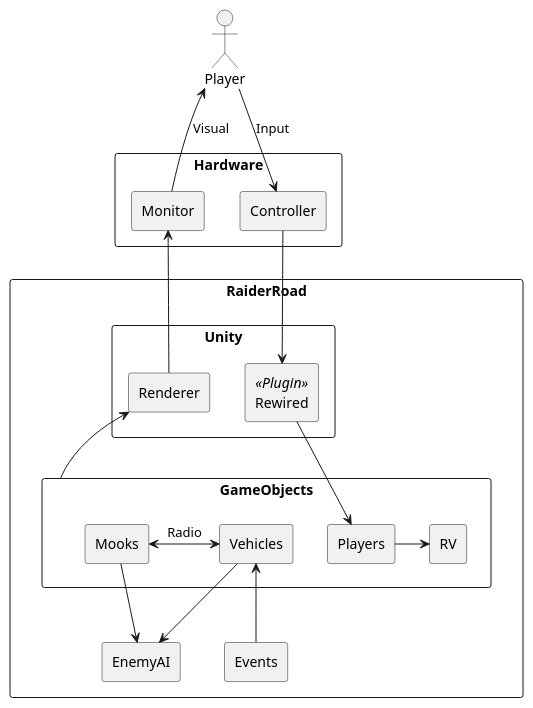
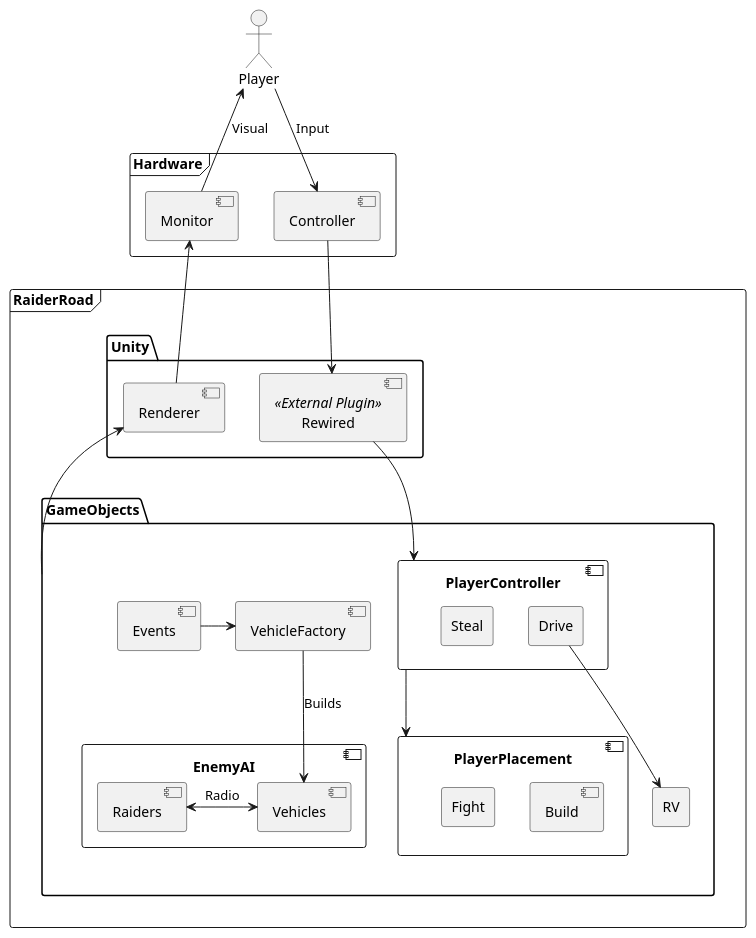
Before and after one commit to OutOfHandInteractive/RaiderRoad: the diagram in RaiderRoad/Assets/Scripts/docs/Architecture.puml, drawn with PlantUML. The commit also changed 6 other files, not shown here.

```diff
--- a/RaiderRoad/Assets/Scripts/docs/Architecture.puml
+++ b/RaiderRoad/Assets/Scripts/docs/Architecture.puml
@@ -1,40 +1,53 @@
 @startuml
 '' Architecture
+skinparam backgroundColor transparent
+skinparam monochrome true
+skinparam shadowing false
 
 actor Player
 
-rectangle Hardware {
-	rectangle Controller
-	rectangle Monitor
+frame Hardware {
+	component Controller
+	component Monitor
 }
 
-rectangle RaiderRoad {
-	rectangle Unity {
-		rectangle Renderer
-		rectangle Rewired <<Plugin>>
+frame RaiderRoad {
+	package Unity {
+		component Renderer
+		component Rewired <<External Plugin>>
 	}
-	rectangle Events
-	rectangle GameObjects {
-		rectangle Players
+	package GameObjects {
+		component Events
+		component VehicleFactory
+		component PlayerController{
+			rectangle Drive
+			rectangle Steal
+		}
+		component PlayerPlacement{
+			component Build
+			rectangle Fight
+		}
 		rectangle RV
-		rectangle Mooks
-		rectangle Vehicles
+		component EnemyAI{
+			component Raiders
+			component Vehicles
+		}
 	}
-	rectangle EnemyAI
 }
 
 Player --> Controller : Input
 Player <-- Monitor : Visual
 
 Controller --> Rewired
 Monitor <-- Renderer
 
-Vehicles <-- Events
-Vehicles --> EnemyAI
-Mooks --> EnemyAI
+Events -> VehicleFactory
+VehicleFactory --> Vehicles : Builds
 Renderer <-- GameObjects
-Rewired --> Players
-Players -> RV
-Mooks <-> Vehicles : Radio
+Rewired --> PlayerController
+PlayerController --> PlayerPlacement
+Raiders <-> Vehicles : Radio
+
+Drive --> RV
 
 @enduml
```
